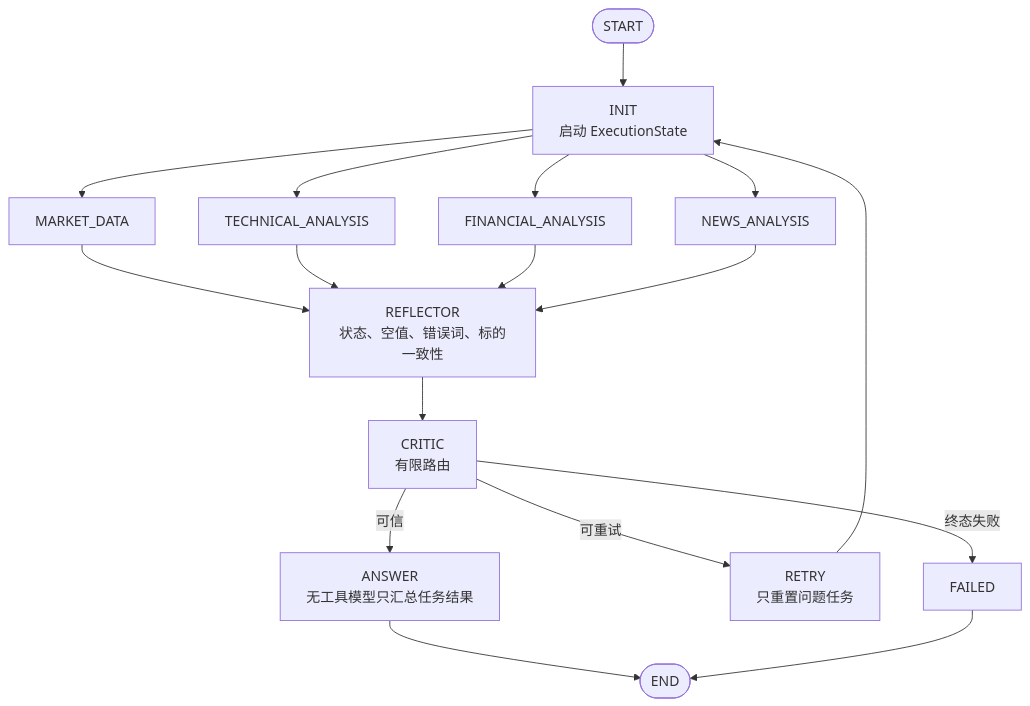
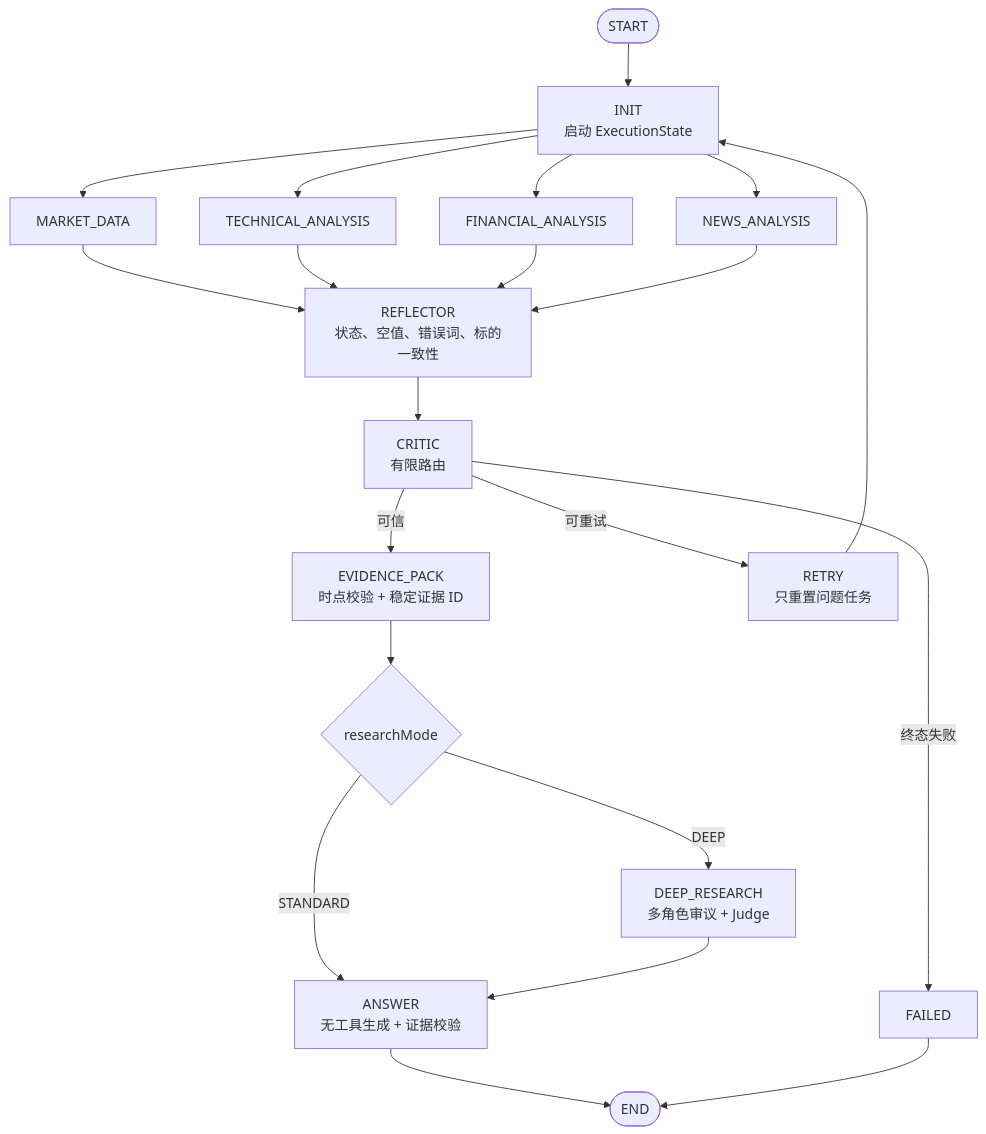
The fourth of 6 diagrams in README.md (LJLExplorer/ai-stock-agent-langchain4j), drawn with Mermaid before and after one commit. The commit also changed other lines of this file and 3 other files, not shown here.

````diff
--- a/README.md
+++ b/README.md
@@ -103,19 +228,23 @@
 ```mermaid
 flowchart TD
     Start([START]) --> Init["INIT<br/>启动 ExecutionState"]
     Init --> Market["MARKET_DATA"]
     Init --> Technical["TECHNICAL_ANALYSIS"]
     Init --> Financial["FINANCIAL_ANALYSIS"]
     Init --> News["NEWS_ANALYSIS"]
     Market --> Reflector["REFLECTOR<br/>状态、空值、错误词、标的一致性"]
     Technical --> Reflector
     Financial --> Reflector
     News --> Reflector
     Reflector --> Critic["CRITIC<br/>有限路由"]
-    Critic -->|可信| Answer["ANSWER<br/>无工具模型只汇总任务结果"]
+    Critic -->|可信| Pack["EVIDENCE_PACK<br/>时点校验 + 稳定证据 ID"]
     Critic -->|可重试| Retry["RETRY<br/>只重置问题任务"]
     Critic -->|终态失败| Failed["FAILED"]
     Retry --> Init
+    Pack --> Mode{"researchMode"}
+    Mode -->|STANDARD| Answer["ANSWER<br/>无工具生成 + 证据校验"]
+    Mode -->|DEEP| Deep["DEEP_RESEARCH<br/>多角色审议 + Judge"]
+    Deep --> Answer
     Answer --> End([END])
     Failed --> End
 ```
````
